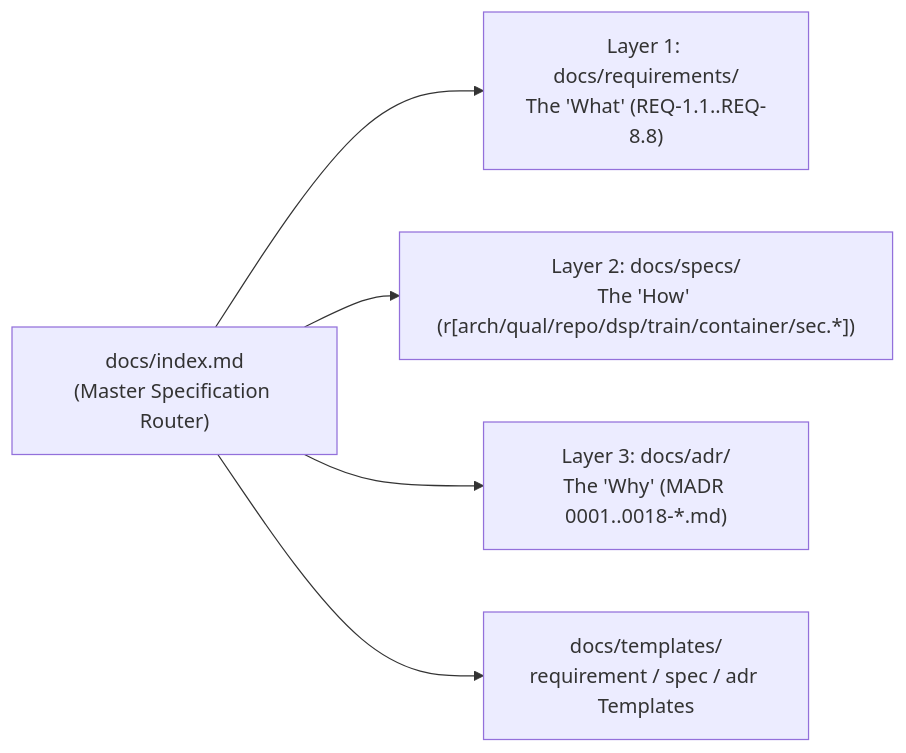
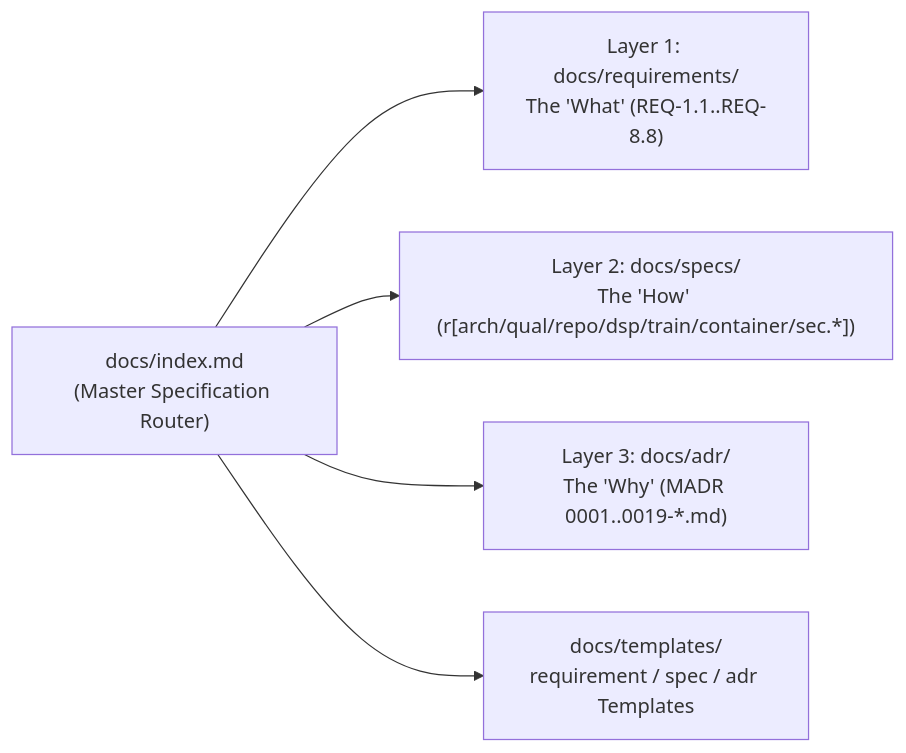
Before and after one commit to dnam-project/dnam: the diagram in docs/CONTRIBUTING.md, drawn with Mermaid. The commit also changed other lines of this file and 112 other files, not shown here.

````diff
--- a/docs/CONTRIBUTING.md
+++ b/docs/CONTRIBUTING.md
@@ -25,7 +25,7 @@
 ```mermaid
 flowchart LR
     Idx["docs/index.md<br/>(Master Specification Router)"] --> L1["Layer 1: docs/requirements/<br/>The 'What' (REQ-1.1..REQ-8.8)"]
     Idx --> L2["Layer 2: docs/specs/<br/>The 'How' (r[arch/qual/repo/dsp/train/container/sec.*])"]
-    Idx --> L3["Layer 3: docs/adr/<br/>The 'Why' (MADR 0001..0018-*.md)"]
+    Idx --> L3["Layer 3: docs/adr/<br/>The 'Why' (MADR 0001..0019-*.md)"]
     Idx --> Tmpl["docs/templates/<br/>requirement / spec / adr Templates"]
 ```
````
